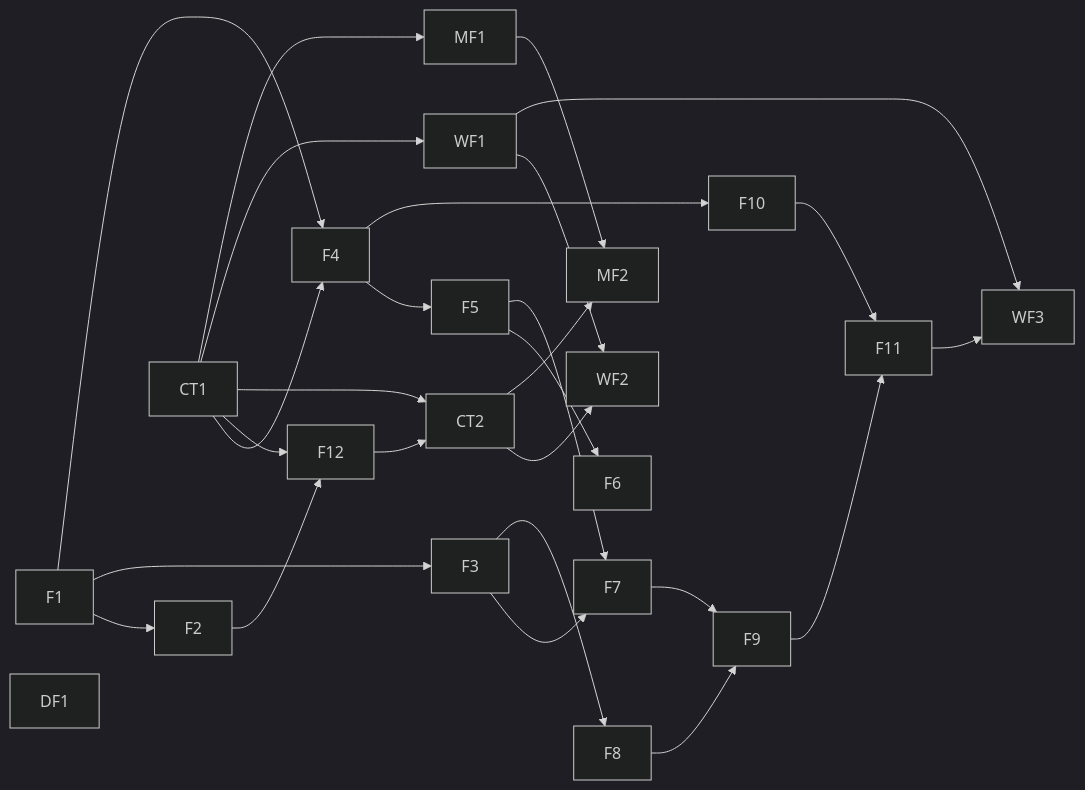
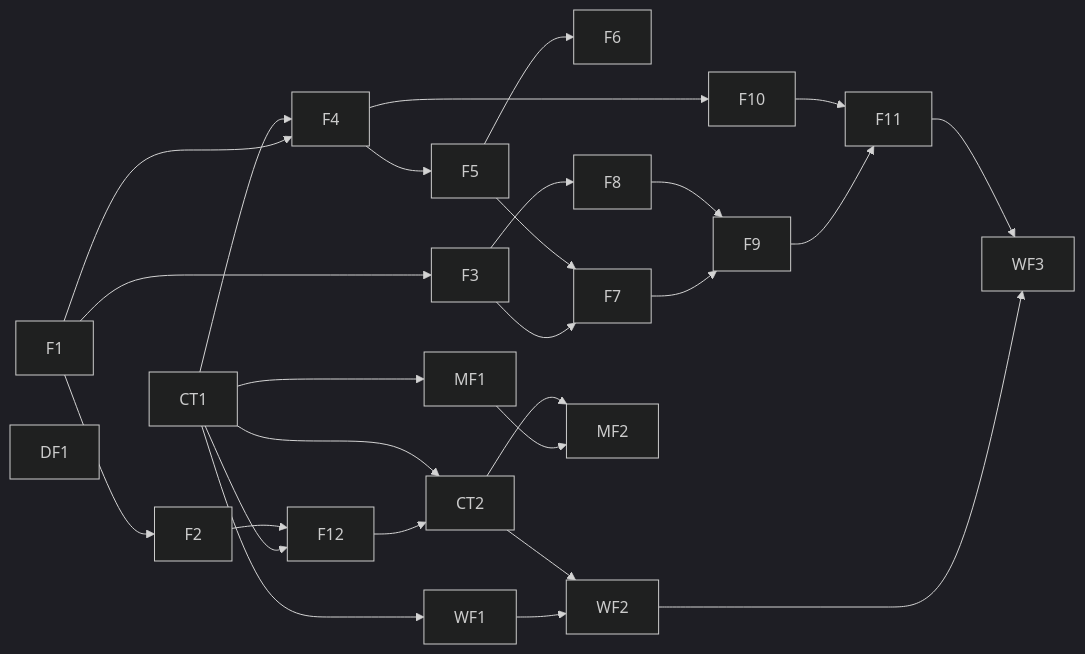
Before and after one commit to huynguyennang-agilityio/tripmate-docs: the third of 3 diagrams in docs/specs/epic-11/spec.md, drawn with Mermaid (dark theme). The commit also changed other lines of this file and 4 other files, not shown here.

````diff
--- a/docs/specs/epic-11/spec.md
+++ b/docs/specs/epic-11/spec.md
@@ -335,25 +346,25 @@
 ```mermaid
 flowchart LR
     F1 --> F2
     F1 --> F3
     F1 --> F4 --> F5 --> F6
     F3 --> F7
     F5 --> F7
     F3 --> F8
     F7 --> F9
     F8 --> F9
     F4 --> F10
     F9 --> F11
     F10 --> F11
     CT1 --> F4
     CT1 --> F12
     F2 --> F12 --> CT2
     CT1 --> CT2
     CT1 --> WF1 --> WF2
     CT2 --> WF2
-    WF1 --> WF3
+    WF2 --> WF3
     F11 --> WF3
     CT1 --> MF1 --> MF2
     CT2 --> MF2
     DF1
 ```
````
